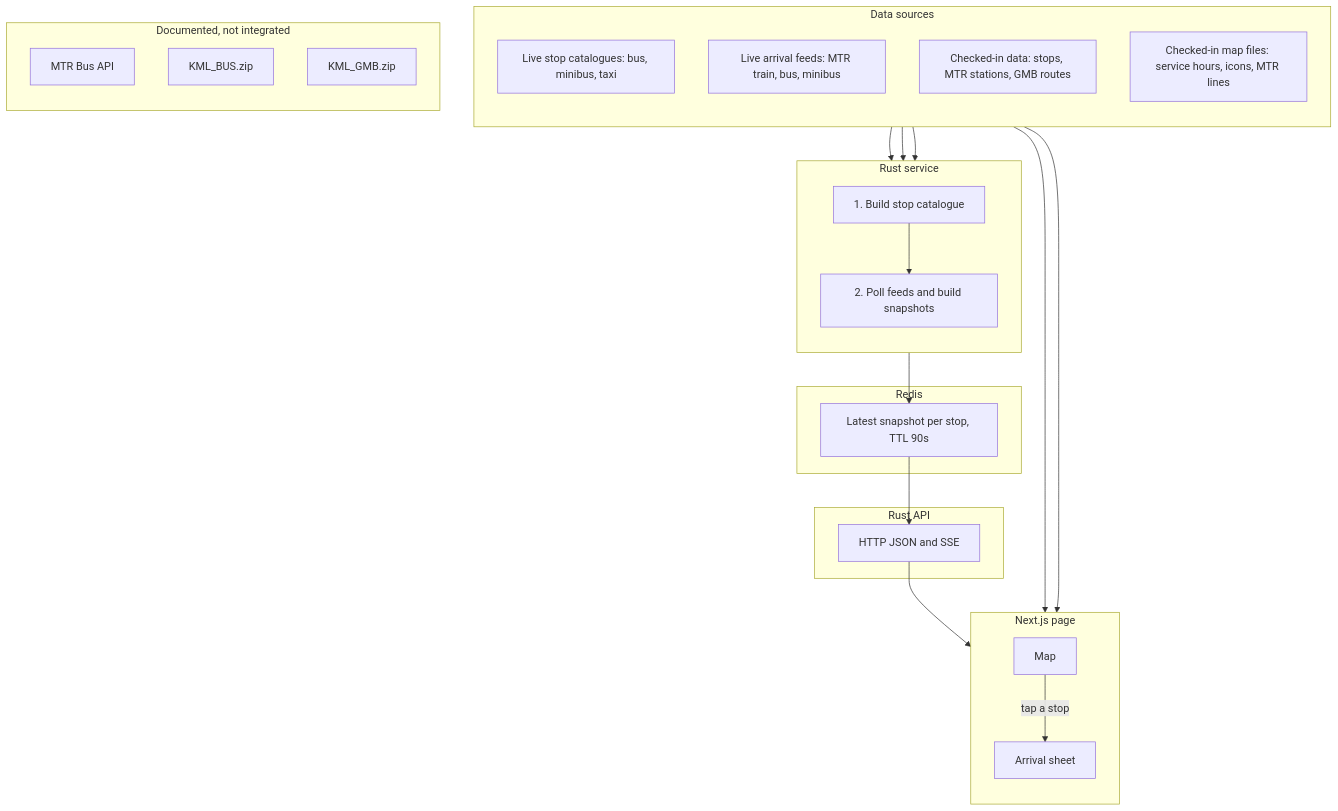
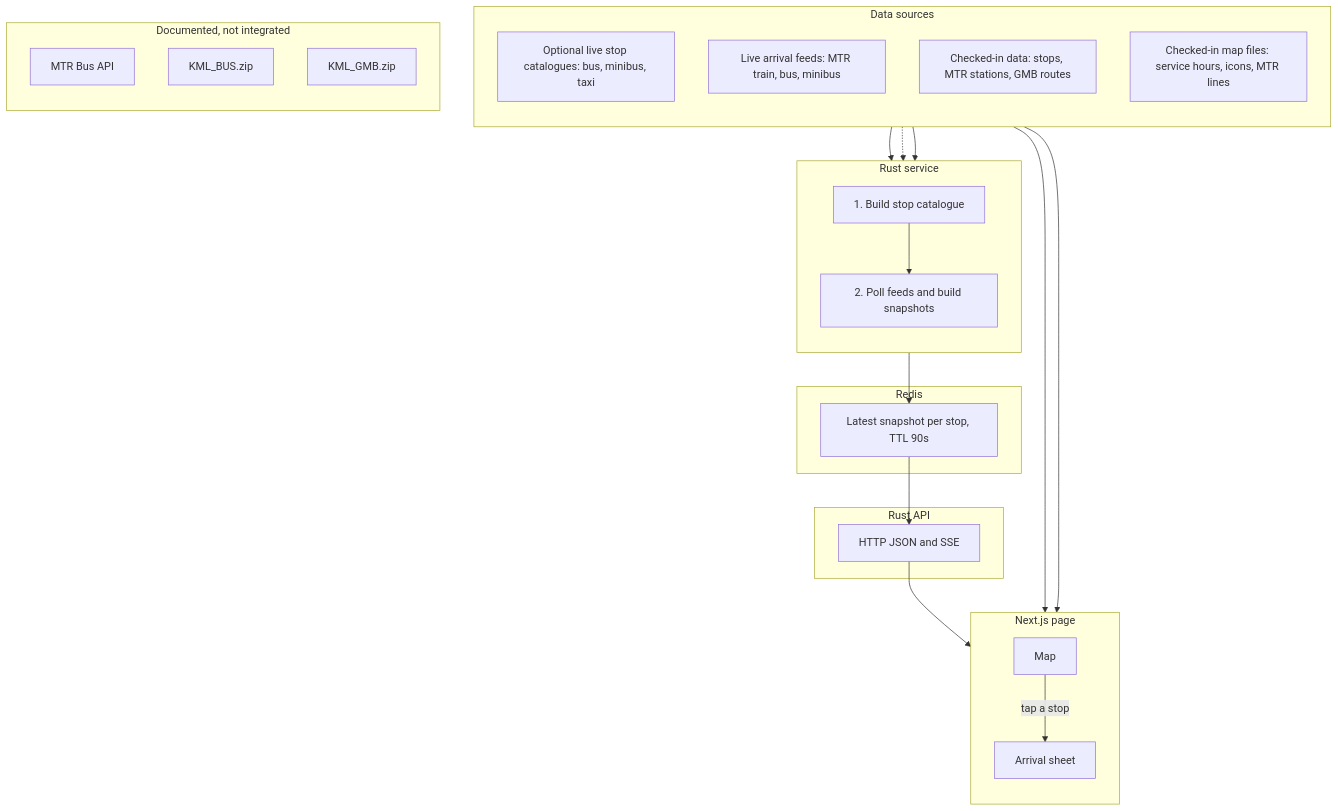
Before and after one commit to iravan/realtime-hk-traffic: the first of 2 diagrams in DATA.md, drawn with Mermaid. The commit also changed other lines of this file and 5 other files, not shown here.

````diff
--- a/DATA.md
+++ b/DATA.md
@@ -639,48 +648,48 @@
 ```mermaid
 flowchart TB
   subgraph Inputs["Data sources"]
     direction TB
-    LiveStops["Live stop catalogues: bus, minibus, taxi"]
+    LiveStops["Optional live stop catalogues: bus, minibus, taxi"]
     LiveArrivals["Live arrival feeds: MTR train, bus, minibus"]
     Repo["Checked-in data: stops, MTR stations, GMB routes"]
     MapFiles["Checked-in map files: service hours, icons, MTR lines"]
   end
 
   subgraph Server["Rust service"]
     direction TB
     Catalog["1. Build stop catalogue"]
     Poll["2. Poll feeds and build snapshots"]
   end
 
   subgraph Storage["Redis"]
     Cache["Latest snapshot per stop, TTL 90s"]
   end
 
   subgraph Api["Rust API"]
     Endpoints["HTTP JSON and SSE"]
   end
 
   subgraph Browser["Next.js page"]
     direction TB
     Map["Map"]
     Sheet["Arrival sheet"]
   end
 
   subgraph Later["Documented, not integrated"]
     direction TB
     MtrBus["MTR Bus API"]
     KmlBus["KML_BUS.zip"]
     KmlGmb["KML_GMB.zip"]
   end
 
   Repo --> Catalog
-  LiveStops --> Catalog
+  LiveStops -.-> Catalog
   Catalog --> Poll
   LiveArrivals --> Poll
   Poll --> Cache
   Cache --> Endpoints
   Endpoints --> Sheet
   Repo --> Map
   MapFiles --> Map
   Map -->|"tap a stop"| Sheet
 ```
````
